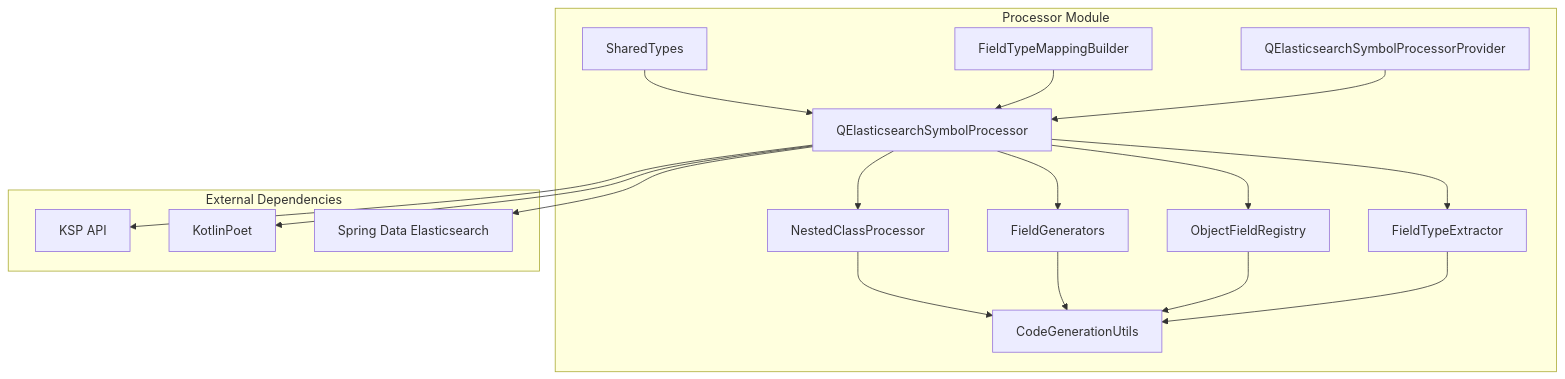
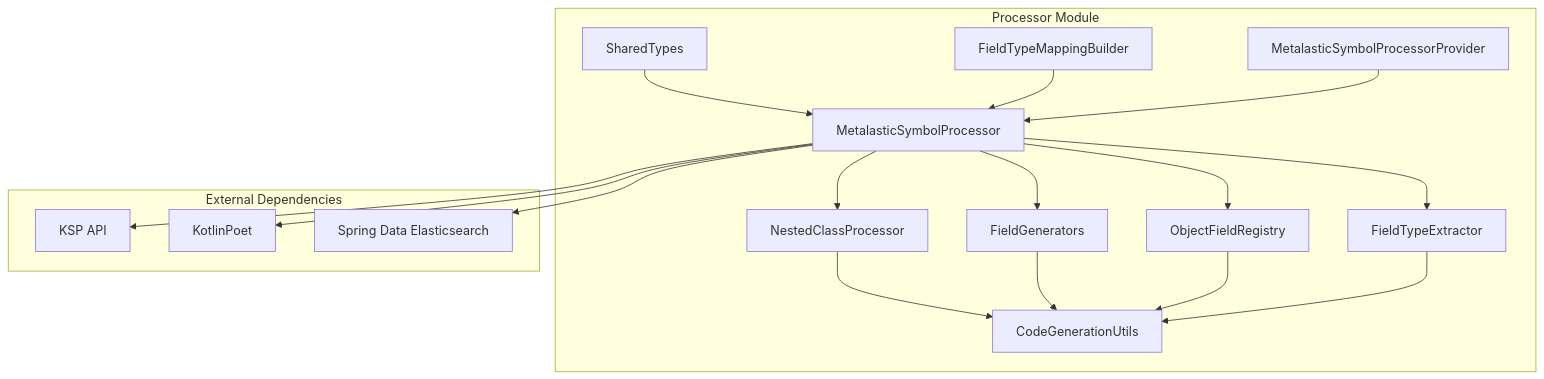
One commit to ekino/Metalastic changed the first of 14 diagrams in processor.md. Above: the diagram before and after it, drawn with Mermaid. The commit also changed other lines of this file and 7 other files, not shown here.

First line of the commit message:
fix: complete remaining QElasticsearch references to Metalastic

````diff
--- a/processor.md
+++ b/processor.md
@@ -11,28 +11,28 @@
 ```mermaid
 graph TB
     subgraph "Processor Module"
-        A[QElasticsearchSymbolProcessor] --> B[NestedClassProcessor]
+        A[MetalasticSymbolProcessor] --> B[NestedClassProcessor]
         A --> C[FieldGenerators]
         A --> D[ObjectFieldRegistry]
         A --> E[FieldTypeExtractor]
         
         B --> F[CodeGenerationUtils]
         C --> F
         D --> F
         E --> F
         
         G[SharedTypes] --> A
         H[FieldTypeMappingBuilder] --> A
-        I[QElasticsearchSymbolProcessorProvider] --> A
+        I[MetalasticSymbolProcessorProvider] --> A
     end
     
     subgraph "External Dependencies"
         J[KSP API]
         K[KotlinPoet]
         L[Spring Data Elasticsearch]
     end
     
     A --> J
     A --> K
     A --> L
 ```
````
